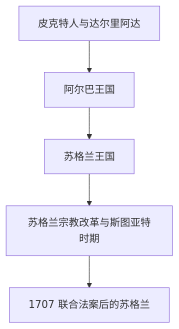
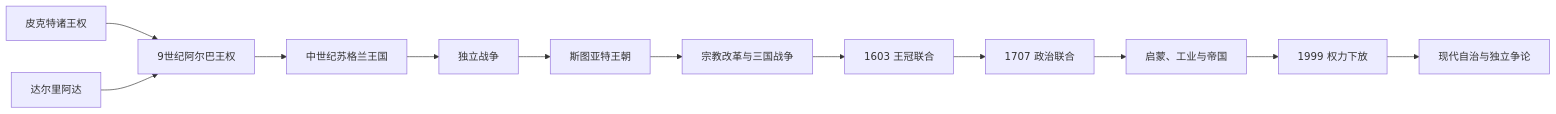
Before and after one commit to tianlan-dev/learning-notes: the diagram in 人文科学/历史/欧洲/不列颠群岛/苏格兰/README.md, drawn with Mermaid. The commit also changed other lines of this file and 1417 other files, not shown here.

````diff
--- a/人文科学/历史/欧洲/不列颠群岛/苏格兰/README.md
+++ b/人文科学/历史/欧洲/不列颠群岛/苏格兰/README.md
@@ -16,7 +15,14 @@
 ```mermaid
-flowchart TD
-    Pict["皮克特人与达尔里阿达"] --> Alba["阿尔巴王国"]
-    Alba --> ScotlandKingdom["苏格兰王国"]
-    ScotlandKingdom --> Reformation["苏格兰宗教改革与斯图亚特时期"]
-    Reformation --> Union["1707 联合法案后的苏格兰"]
+flowchart LR
+    Picts["皮克特诸王权"] --> Alba["9世纪阿尔巴王权"]
+    Dal["达尔里阿达"] --> Alba
+    Alba --> Scotland["中世纪苏格兰王国"]
+    Scotland --> Independence["独立战争"]
+    Independence --> Stewart["斯图亚特王朝"]
+    Stewart --> Reformation["宗教改革与三国战争"]
+    Reformation --> Crowns["1603 王冠联合"]
+    Crowns --> Union["1707 政治联合"]
+    Union --> Industrial["启蒙、工业与帝国"]
+    Industrial --> Devolution["1999 权力下放"]
+    Devolution --> Present["现代自治与独立争论"]
 ```
````
